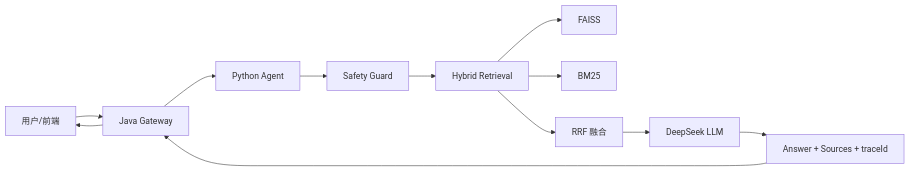
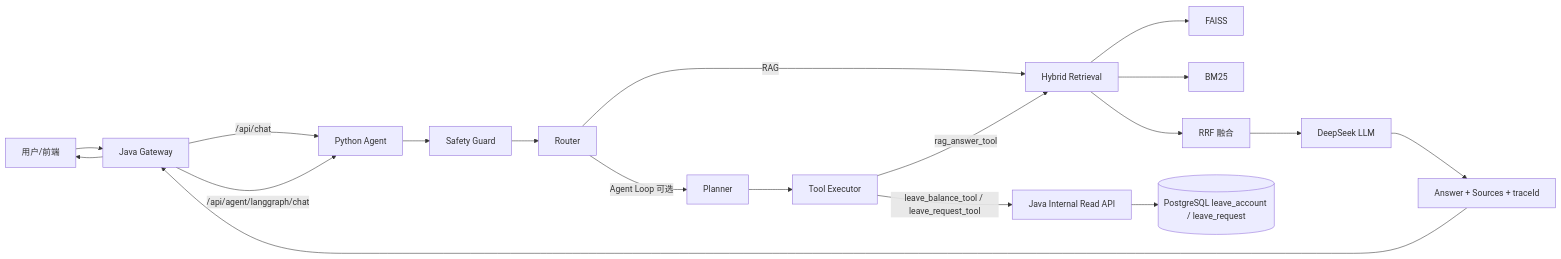
One commit to izz-BLUE/enterprise-ai-copilot changed the diagram in README.md. Above: the diagram before and after it, drawn with Mermaid. The commit also changed other lines of this file, not shown here.

Commit message:
docs: update README for current architecture

````diff
--- a/README.md
+++ b/README.md
@@ -16,14 +16,21 @@
 ```mermaid
 flowchart LR
     U[用户/前端] --> J[Java Gateway]
-    J --> P[Python Agent]
+    J -->|/api/chat| P[Python Agent]
+    J -->|/api/agent/langgraph/chat| P
     P --> SG[Safety Guard]
-    SG --> HR[Hybrid Retrieval]
+    SG --> RT[Router]
+    RT -->|RAG| HR[Hybrid Retrieval]
+    RT -->|Agent Loop 可选| PL[Planner]
+    PL --> EX[Tool Executor]
+    EX -->|rag_answer_tool| HR
+    EX -->|leave_balance_tool / leave_request_tool| IR[Java Internal Read API]
+    IR --> DB[(PostgreSQL leave_account / leave_request)]
     HR --> FA[FAISS]
     HR --> BM[BM25]
     HR --> RF[RRF 融合]
     RF --> LLM[DeepSeek LLM]
     LLM --> ANS[Answer + Sources + traceId]
     ANS --> J
     J --> U
 ```
````
